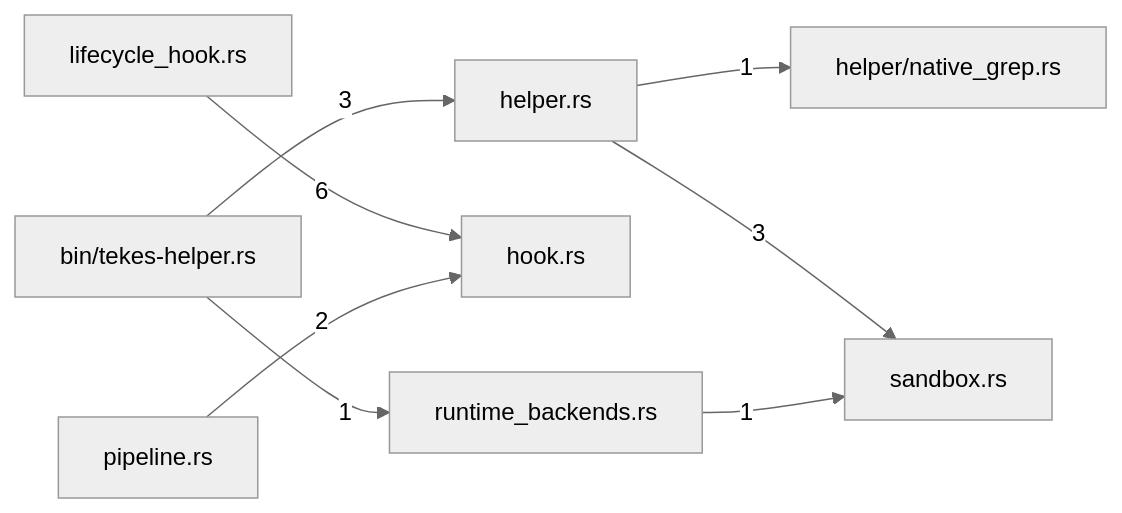
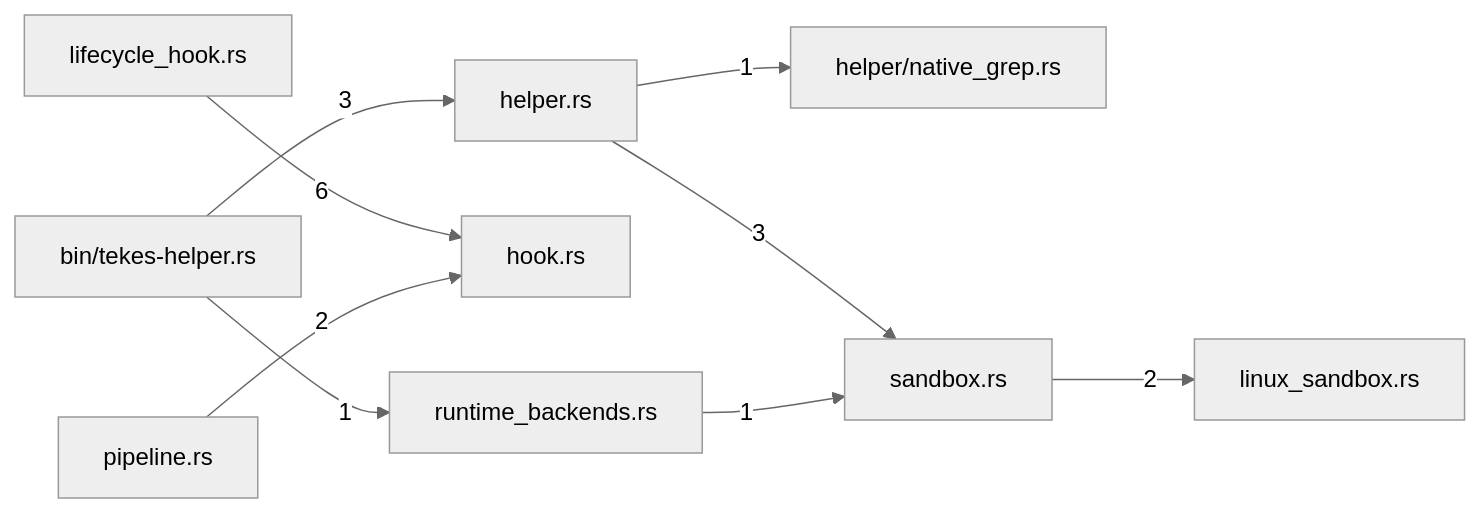
One commit to TekesApps/TekesKernel changed the diagram in crates/tools/docs/generated/index.md. Above: the diagram before and after it, drawn with Mermaid (neutral theme). The commit also changed other lines of this file and 21 other files, not shown here.

First line of the commit message:
feat(tools): apply the Linux Landlock/seccomp sandbox (#26)

````diff
--- a/crates/tools/docs/generated/index.md
+++ b/crates/tools/docs/generated/index.md
@@ -58,18 +59,20 @@
 ```mermaid
 flowchart LR
   m0["bin/tekes-helper.rs"]
   m1["helper.rs"]
   m2["helper/native_grep.rs"]
   m3["hook.rs"]
   m4["lifecycle_hook.rs"]
-  m5["pipeline.rs"]
-  m6["runtime_backends.rs"]
-  m7["sandbox.rs"]
+  m5["linux_sandbox.rs"]
+  m6["pipeline.rs"]
+  m7["runtime_backends.rs"]
+  m8["sandbox.rs"]
   m0 -->|"3"| m1
-  m0 -->|"1"| m6
+  m0 -->|"1"| m7
   m1 -->|"1"| m2
-  m1 -->|"3"| m7
+  m1 -->|"3"| m8
   m4 -->|"6"| m3
-  m5 -->|"2"| m3
-  m6 -->|"1"| m7
+  m6 -->|"2"| m3
+  m7 -->|"1"| m8
+  m8 -->|"2"| m5
 ```
````
